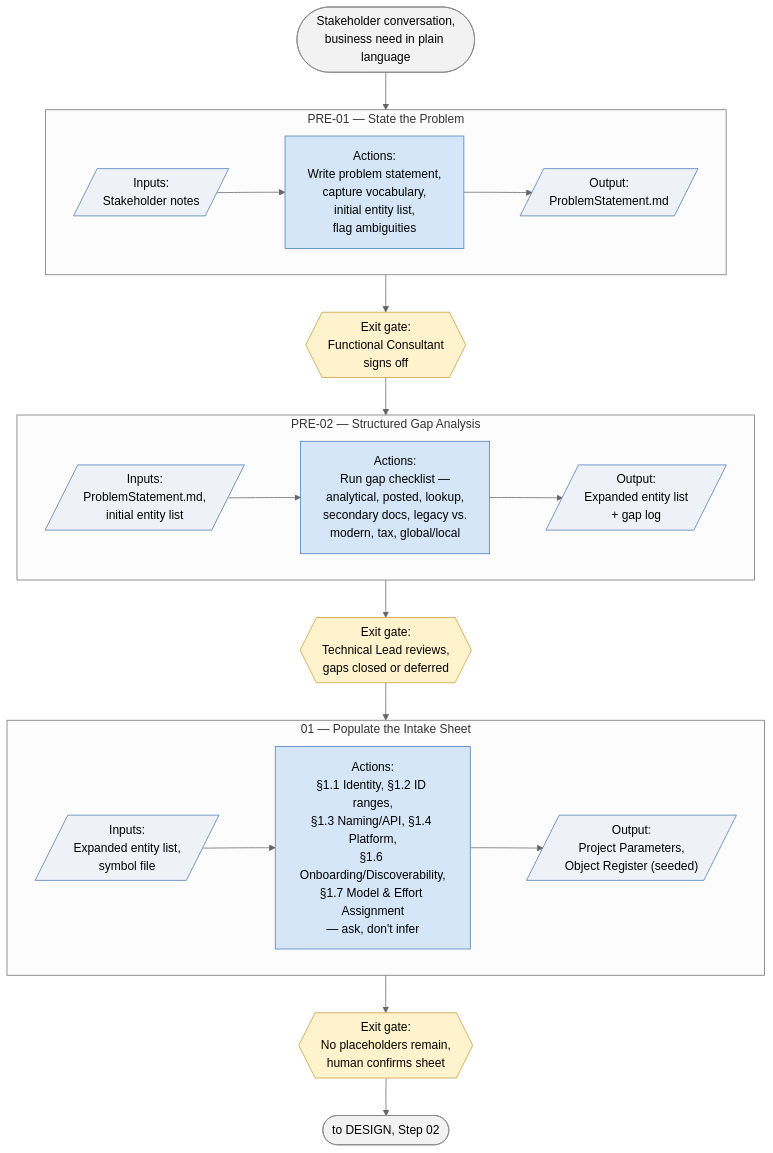
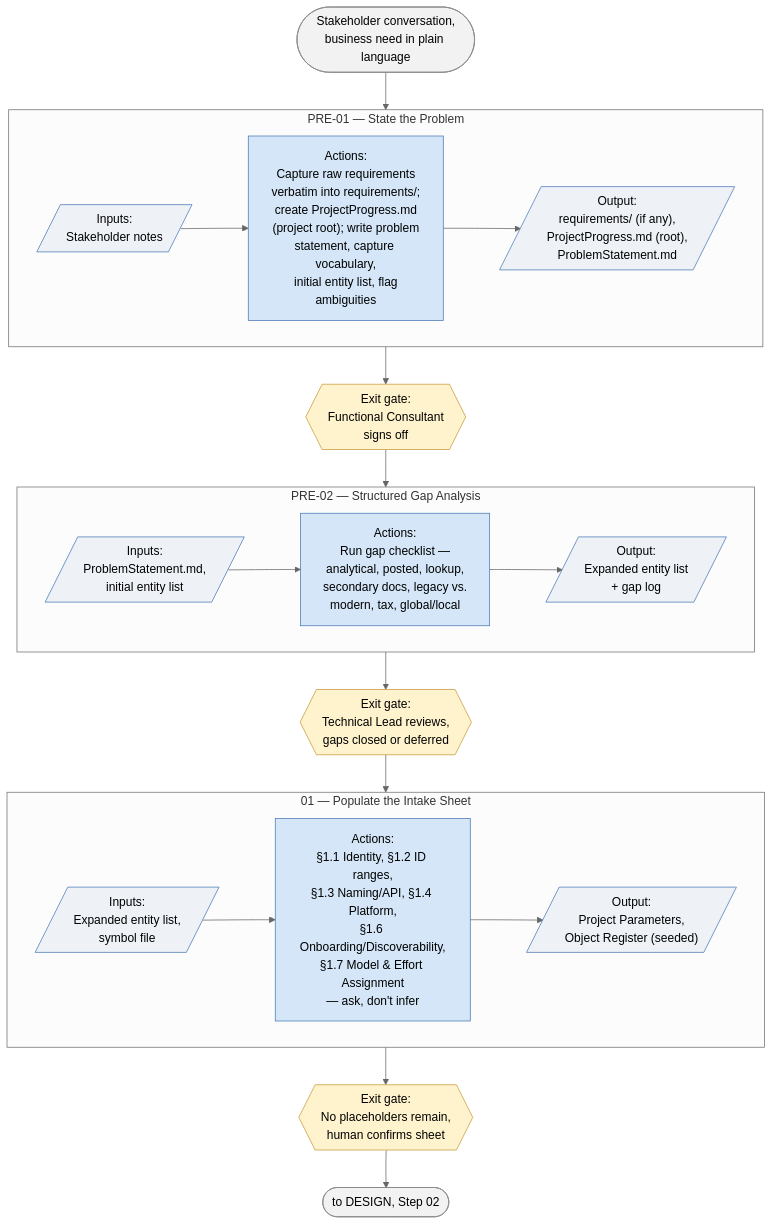
The third of 8 diagrams in RunbookSchematics.md (ajansari/ocpfBcAgenticDevFramework), drawn with Mermaid (neutral theme) before and after one commit. The commit also changed other lines of this file and 3 other files, not shown here.

````diff
--- a/RunbookSchematics.md
+++ b/RunbookSchematics.md
@@ -123,35 +124,35 @@
 ```mermaid
 flowchart TD
     Start(["Stakeholder conversation,<br/>business need in plain language"]) --> PRE01
 
     subgraph PRE01["PRE-01 — State the Problem"]
         direction LR
-        In1[/"Inputs:<br/>Stakeholder notes"/] --> Act1["Actions:<br/>Write problem statement,<br/>capture vocabulary,<br/>initial entity list,<br/>flag ambiguities"] --> Out1[/"Output:<br/>ProblemStatement.md"/]
+        In1[/"Inputs:<br/>Stakeholder notes"/] --> Act1["Actions:<br/>Capture raw requirements<br/>verbatim into requirements/;<br/>create ProjectProgress.md<br/>(project root); write problem<br/>statement, capture vocabulary,<br/>initial entity list, flag<br/>ambiguities"] --> Out1[/"Output:<br/>requirements/ (if any),<br/>ProjectProgress.md (root),<br/>ProblemStatement.md"/]
     end
     PRE01 --> Gate1{{"Exit gate:<br/>Functional Consultant<br/>signs off"}}
 
     Gate1 --> PRE02
     subgraph PRE02["PRE-02 — Structured Gap Analysis"]
         direction LR
         In2[/"Inputs:<br/>ProblemStatement.md,<br/>initial entity list"/] --> Act2["Actions:<br/>Run gap checklist —<br/>analytical, posted, lookup,<br/>secondary docs, legacy vs.<br/>modern, tax, global/local"] --> Out2[/"Output:<br/>Expanded entity list<br/>+ gap log"/]
     end
     PRE02 --> Gate2{{"Exit gate:<br/>Technical Lead reviews,<br/>gaps closed or deferred"}}
 
     Gate2 --> S01
     subgraph S01["01 — Populate the Intake Sheet"]
         direction LR
         In3[/"Inputs:<br/>Expanded entity list,<br/>symbol file"/] --> Act3["Actions:<br/>§1.1 Identity, §1.2 ID ranges,<br/>§1.3 Naming/API, §1.4 Platform,<br/>§1.6 Onboarding/Discoverability,<br/>§1.7 Model & Effort Assignment<br/>— ask, don't infer"] --> Out3[/"Output:<br/>Project Parameters,<br/>Object Register (seeded)"/]
     end
     S01 --> Gate3{{"Exit gate:<br/>No placeholders remain,<br/>human confirms sheet"}}
 
     Gate3 --> Next(["to DESIGN, Step 02"])
 
     classDef io fill:#eef2f7,stroke:#4a7ab5,stroke-width:1px;
     classDef act fill:#d4e6f7,stroke:#4a7ab5,stroke-width:1px;
     classDef gate fill:#fff3cd,stroke:#c99a3a,stroke-width:1px;
     classDef endpoint fill:#f2f2f2,stroke:#888,stroke-width:1px;
     class In1,Out1,In2,Out2,In3,Out3 io;
     class Act1,Act2,Act3 act;
     class Gate1,Gate2,Gate3 gate;
     class Start,Next endpoint;
 ```
````
